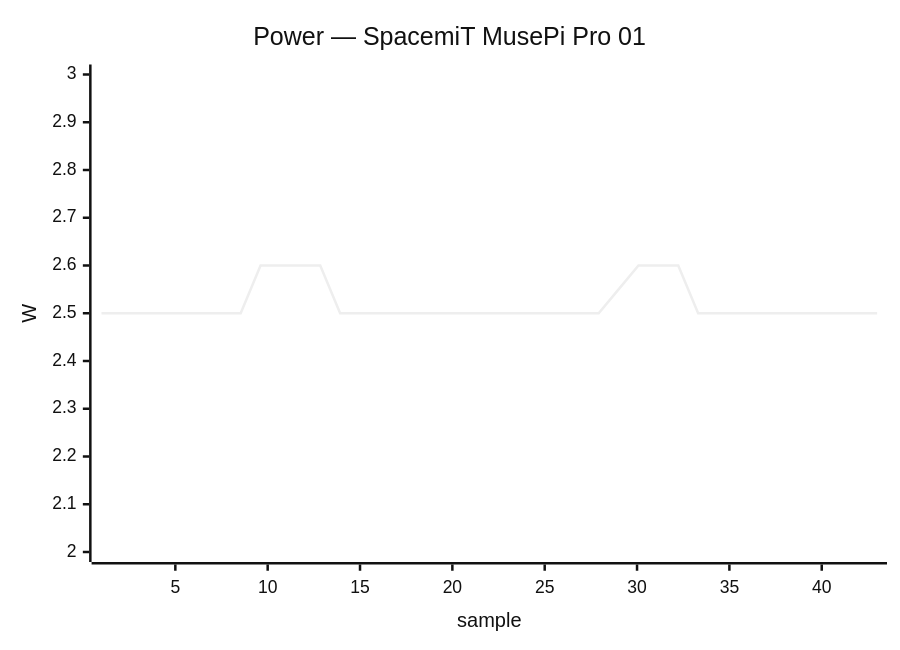
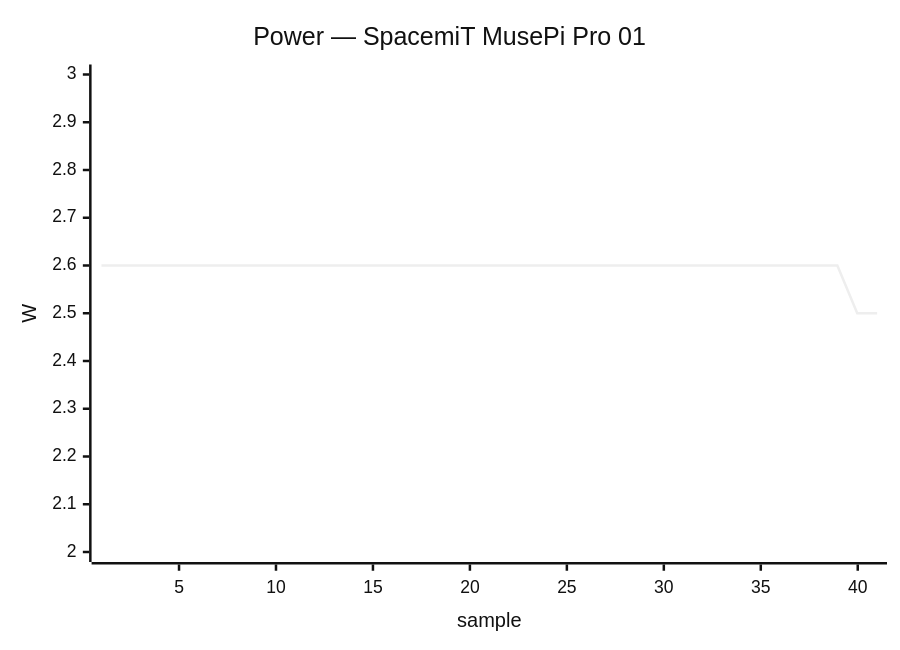
One commit to armbian/documentation changed the eighth of 35 diagrams in docs/status/board-tests.md. Above: the diagram before and after it, drawn with Mermaid (neutral theme). The commit also changed other lines of this file, not shown here.

````diff
--- a/docs/status/board-tests.md
+++ b/docs/status/board-tests.md
@@ -255,7 +405,7 @@
 ```mermaid
 xychart-beta
     title "Power — SpacemiT MusePi Pro 01"
-    x-axis "sample" 1 --> 43
+    x-axis "sample" 1 --> 41
     y-axis "W" 2.0 --> 3.0
-    line [2.50, 2.50, 2.50, 2.50, 2.50, 2.50, 2.50, 2.50, 2.60, 2.60, 2.60, 2.60, 2.50, 2.50, 2.50, 2.50, 2.50, 2.50, 2.50, 2.50, 2.50, 2.50, 2.50, 2.50, 2.50, 2.50, 2.55, 2.60, 2.60, 2.60, 2.50, 2.50, 2.50, 2.50, 2.50, 2.50, 2.50, 2.50, 2.50, 2.50]
+    line [2.60, 2.60, 2.60, 2.60, 2.60, 2.60, 2.60, 2.60, 2.60, 2.60, 2.60, 2.60, 2.60, 2.60, 2.60, 2.60, 2.60, 2.60, 2.60, 2.60, 2.60, 2.60, 2.60, 2.60, 2.60, 2.60, 2.60, 2.60, 2.60, 2.60, 2.60, 2.60, 2.60, 2.60, 2.60, 2.60, 2.60, 2.60, 2.50, 2.50]
 ```
````
